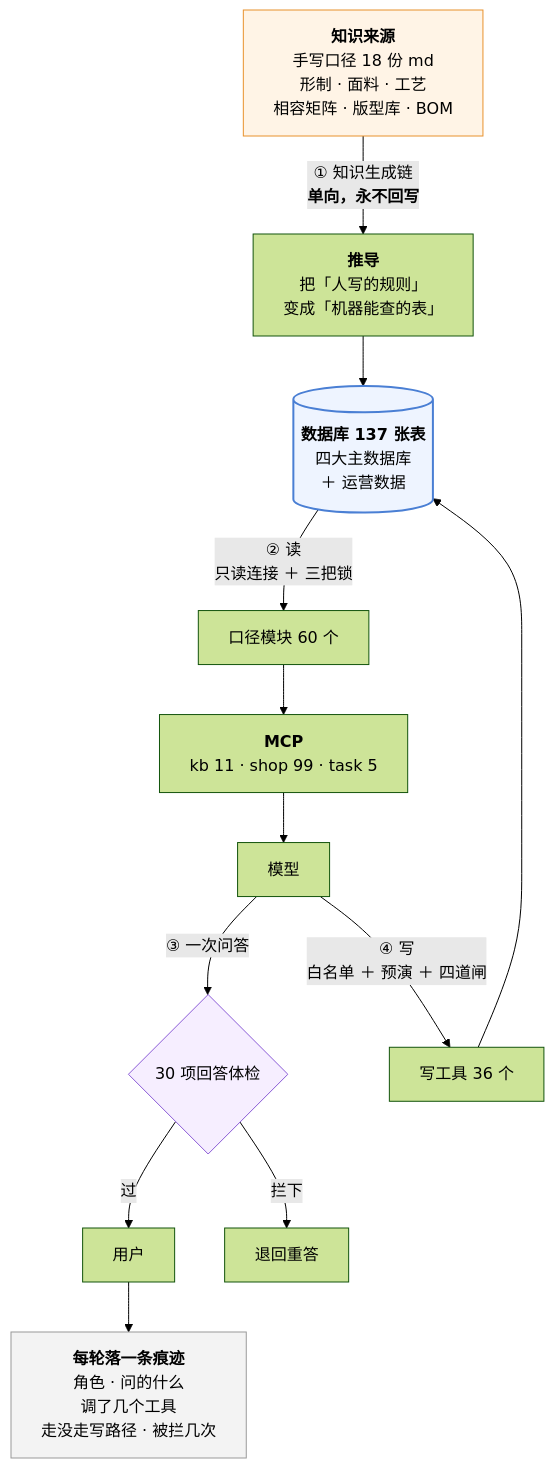
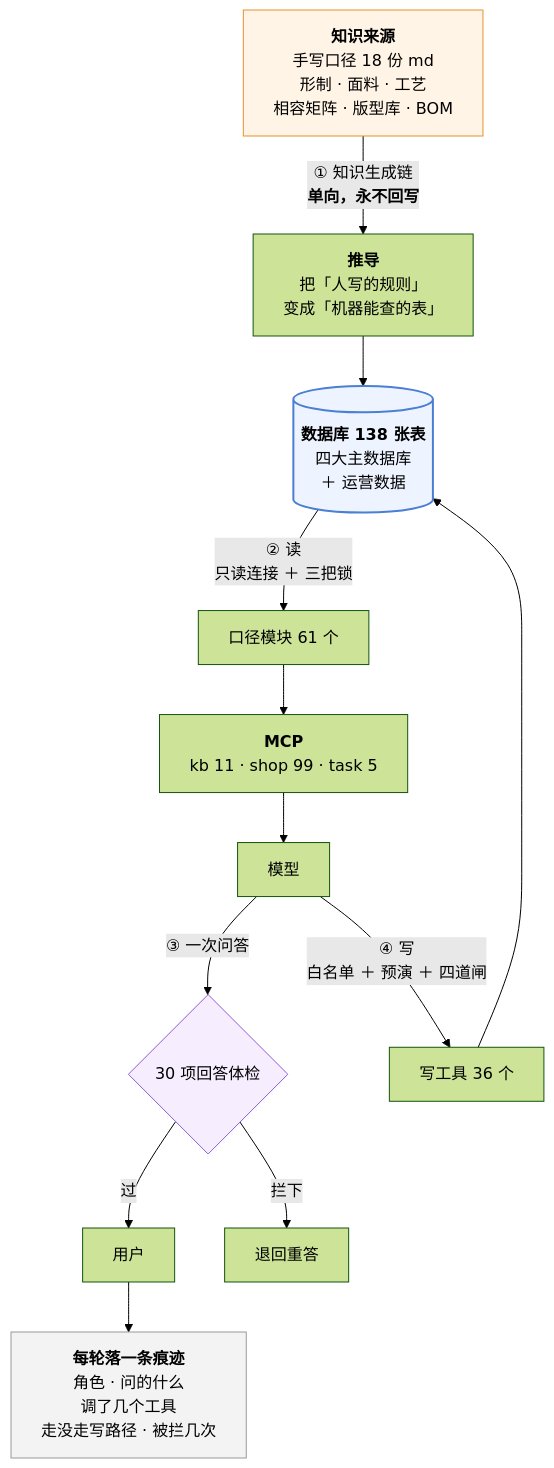
The third of 3 diagrams in 澜绣云裳agent-产品说明.md (843773296-rgb/lanxiu-yunshang-agent), drawn with Mermaid (forest theme) before and after one commit. The commit also changed other lines of this file and 4 other files, not shown here.

````diff
--- a/澜绣云裳agent-产品说明.md
+++ b/澜绣云裳agent-产品说明.md
@@ -1159,24 +1159,24 @@
 ```mermaid
 flowchart TD
     MD["<b>知识来源</b><br/>手写口径 18 份 md<br/>形制 · 面料 · 工艺<br/>相容矩阵 · 版型库 · BOM"]
     MD -->|"① 知识生成链<br/><b>单向，永不回写</b>"| DV["<b>推导</b><br/>把「人写的规则」<br/>变成「机器能查的表」"]
-    DV --> DB[("<b>数据库 137 张表</b><br/>四大主数据库<br/>＋ 运营数据")]
+    DV --> DB[("<b>数据库 138 张表</b><br/>四大主数据库<br/>＋ 运营数据")]
 
-    DB -->|"② 读<br/>只读连接 ＋ 三把锁"| KJ["口径模块 60 个"]
+    DB -->|"② 读<br/>只读连接 ＋ 三把锁"| KJ["口径模块 61 个"]
     KJ --> MCP["<b>MCP</b><br/>kb 11 · shop 99 · task 5"]
     MCP --> LLM["模型"]
 
     LLM -->|"③ 一次问答"| GD{"30 项回答体检"}
     GD -- 过 --> U["用户"]
     GD -- 拦下 --> RE["退回重答"]
 
     LLM -->|"④ 写<br/>白名单 ＋ 预演 ＋ 四道闸"| W["写工具 36 个"]
     W --> DB
 
     U --> TR["<b>每轮落一条痕迹</b><br/>角色 · 问的什么<br/>调了几个工具<br/>走没走写路径 · 被拦几次"]
 
     style MD fill:#fff4e6,stroke:#e8912d
     style DB fill:#eef4ff,stroke:#4a7fd4,stroke-width:2px
     style GD fill:#f6eeff,stroke:#8b5cd6
     style TR fill:#f3f3f3,stroke:#999
 ```
````
